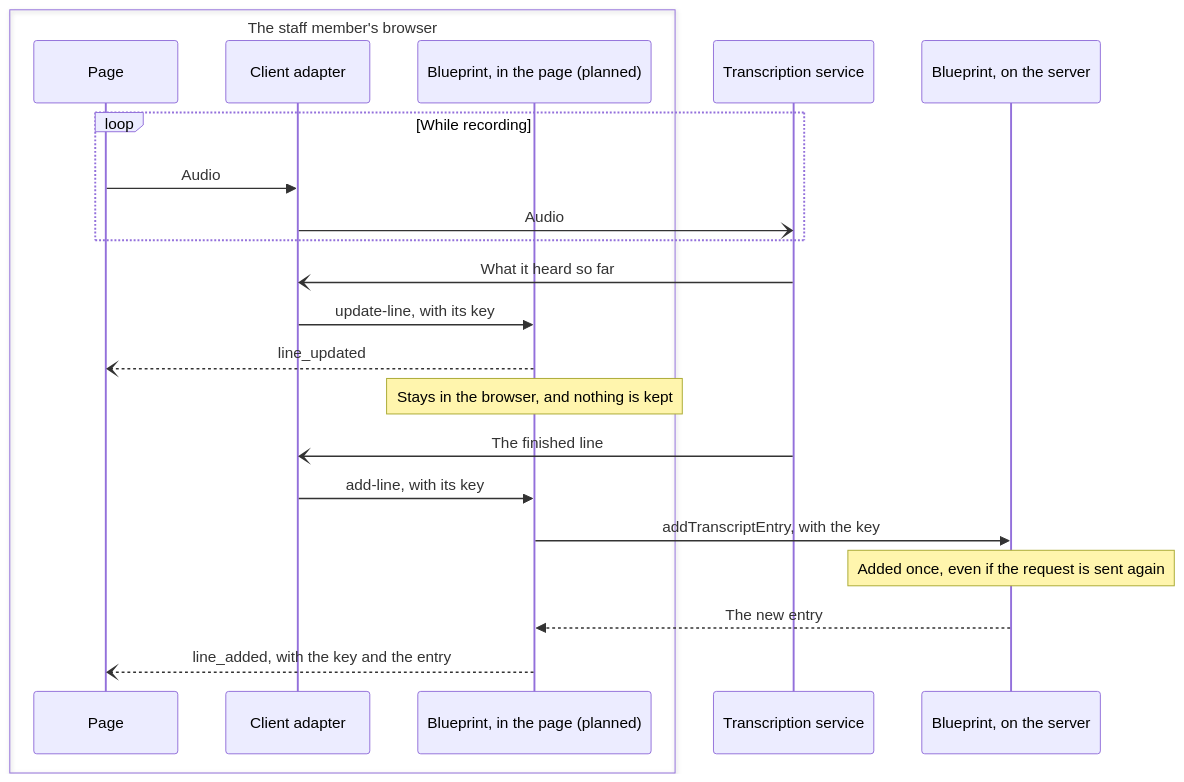
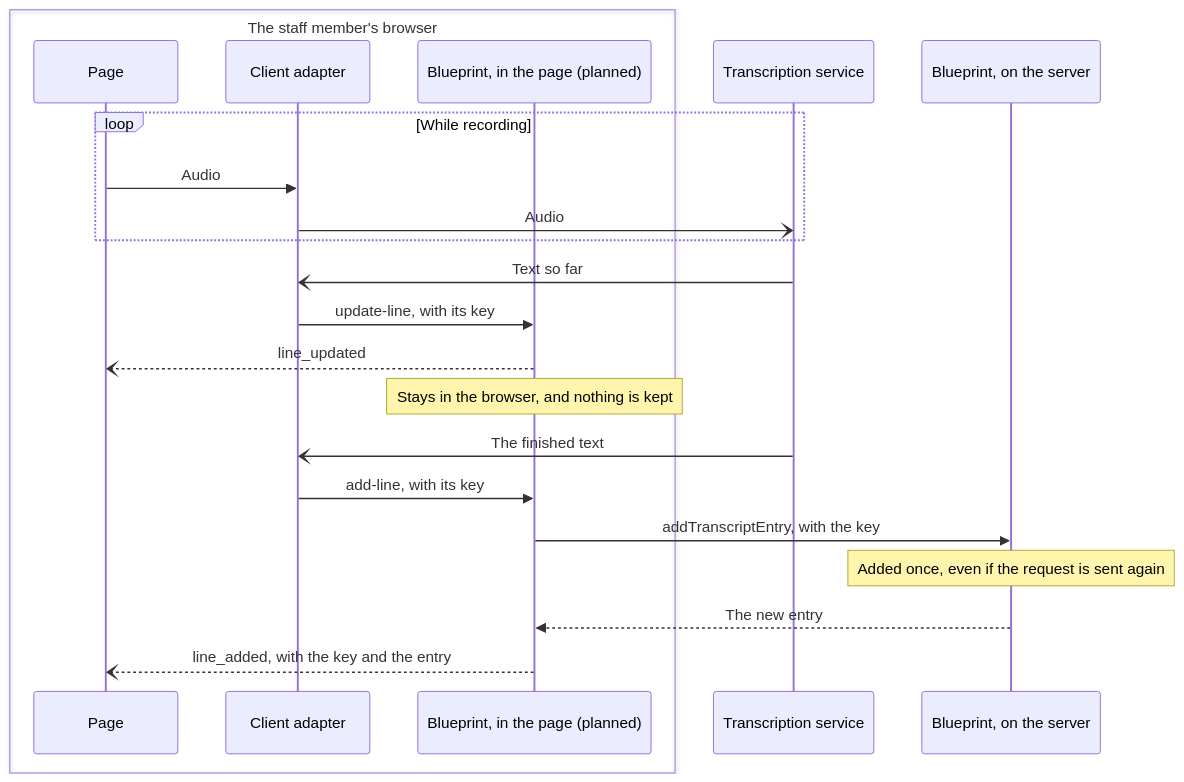
The third of 6 diagrams in docs/architecture/domains/communication.md (codeforamerica/safety-net-blueprint), drawn with Mermaid before and after one commit. The commit also changed other lines of this file, not shown here.

First line of the commit message:
Show where the relay and the audio contract fit, and that text comes back

````diff
--- a/docs/architecture/domains/communication.md
+++ b/docs/architecture/domains/communication.md
@@ -169,25 +180,25 @@
 ```mermaid
 sequenceDiagram
     box The staff member's browser
         participant Page
         participant Client as Client adapter
         participant Session as Blueprint, in the page (planned)
     end
     participant Service as Transcription service
     participant Server as Blueprint, on the server
 
     loop While recording
         Page->>Client: Audio
         Client-)Service: Audio
     end
-    Service-)Client: What it heard so far
+    Service-)Client: Text so far
     Client->>Session: update-line, with its key
     Session--)Page: line_updated
     Note over Session: Stays in the browser, and nothing is kept
-    Service-)Client: The finished line
+    Service-)Client: The finished text
     Client->>Session: add-line, with its key
     Session->>Server: addTranscriptEntry, with the key
     Note over Server: Added once, even if the request is sent again
     Server-->>Session: The new entry
     Session--)Page: line_added, with the key and the entry
 ```
````
